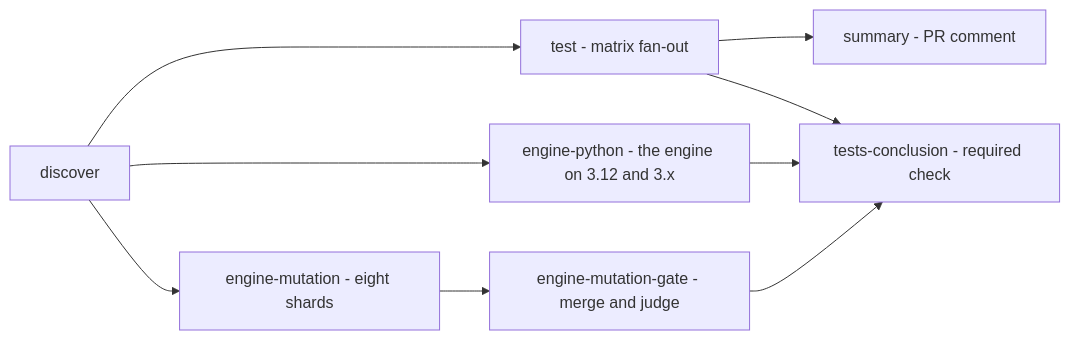
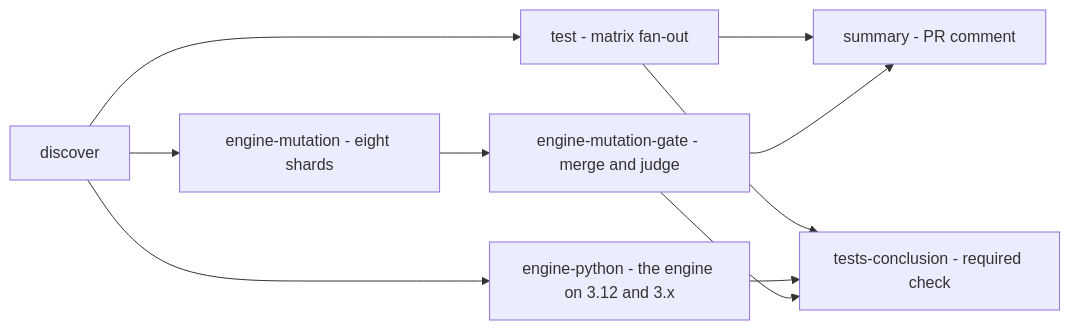
Before and after one commit to dsb-norge/github-actions-terraform: the diagram in docs/Testing-in-ci.md, drawn with Mermaid. The commit also changed other lines of this file, not shown here.

````diff
--- a/docs/Testing-in-ci.md
+++ b/docs/Testing-in-ci.md
@@ -28,11 +28,12 @@
 ```mermaid
 flowchart LR
     discover --> test["test - matrix fan-out"]
     discover --> python["engine-python - the engine on 3.12 and 3.x"]
     discover --> shards["engine-mutation - eight shards"]
     shards --> gate["engine-mutation-gate - merge and judge"]
     test --> summary["summary - PR comment"]
+    gate --> summary
     test --> conclusion["tests-conclusion - required check"]
     python --> conclusion
     gate --> conclusion
 ```
````
